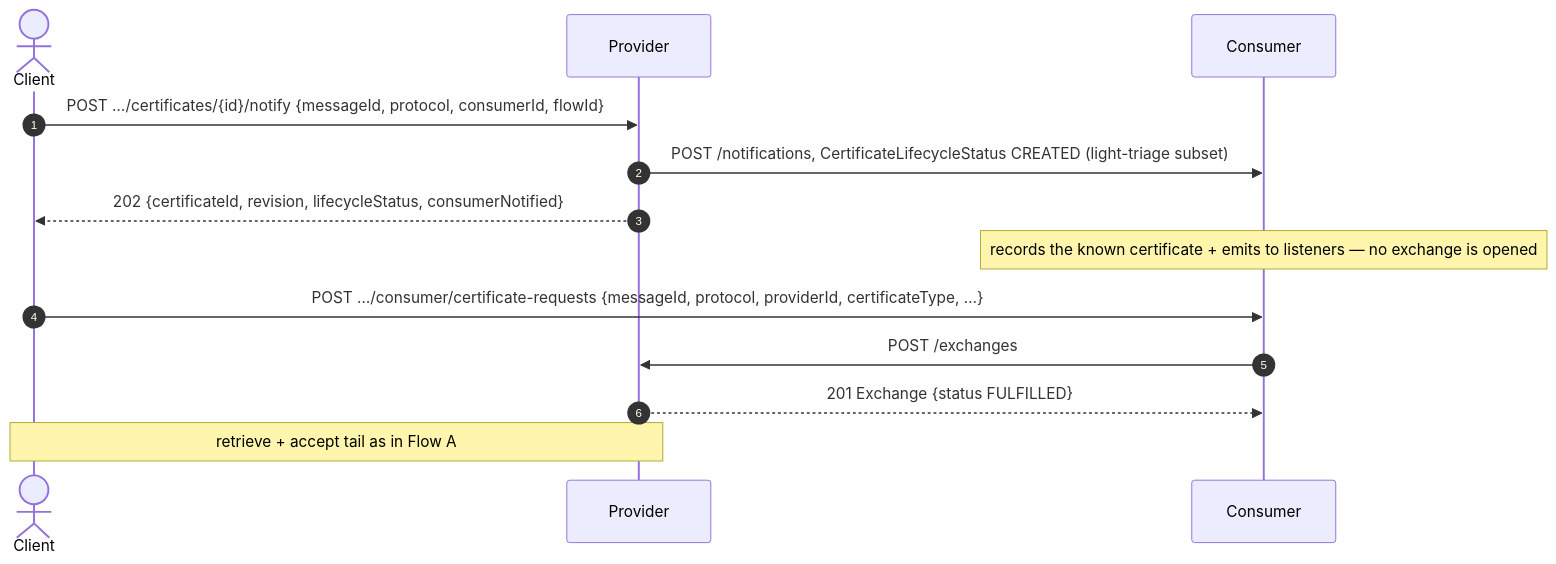
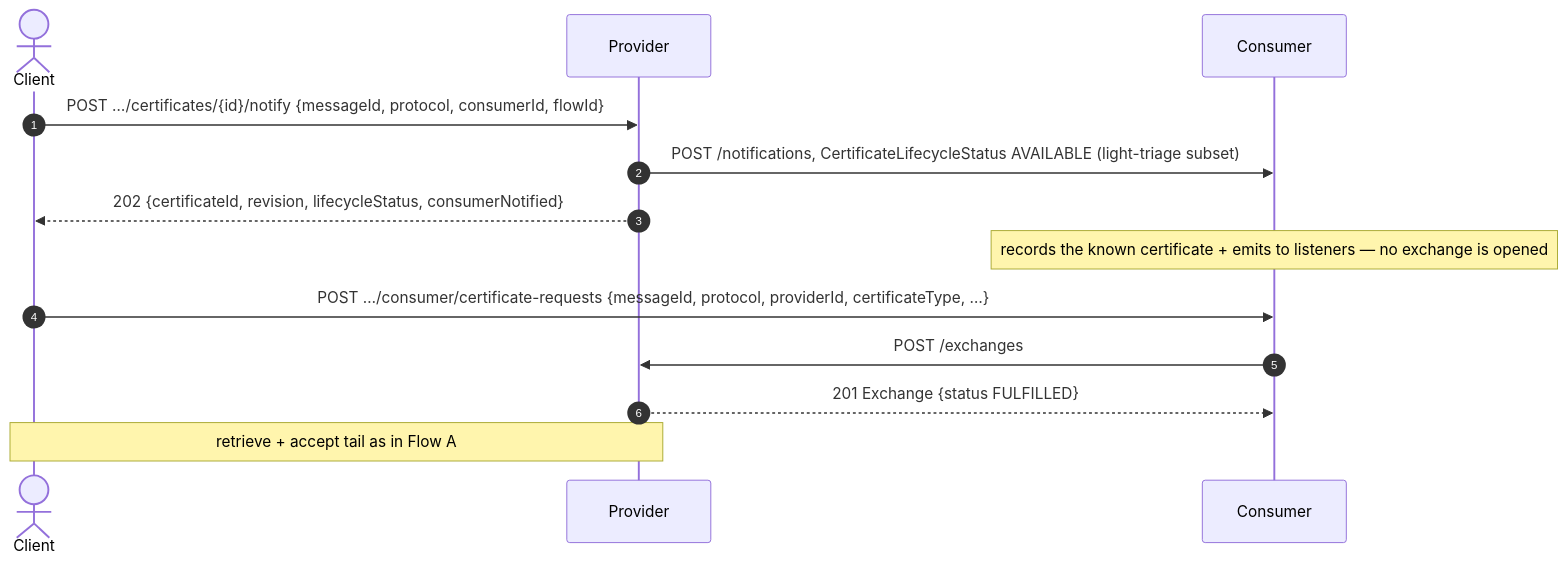
The third of 5 diagrams in docs/FLOWS.md (Metaform/certo), drawn with Mermaid before and after one commit. The commit also changed other lines of this file and 30 other files, not shown here.

Commit message:
feat: simplify certificate lifecycle by combining created and modified

````diff
--- a/docs/FLOWS.md
+++ b/docs/FLOWS.md
@@ -146,15 +147,15 @@
 ```mermaid
 sequenceDiagram
     autonumber
     actor T as Client
     participant P as Provider
     participant C as Consumer
     T->>P: POST …/certificates/{id}/notify {messageId, protocol, consumerId, flowId}
-    P->>C: POST /notifications, CertificateLifecycleStatus CREATED (light-triage subset)
+    P->>C: POST /notifications, CertificateLifecycleStatus AVAILABLE (light-triage subset)
     P-->>T: 202 {certificateId, revision, lifecycleStatus, consumerNotified}
     Note over C: records the known certificate + emits to listeners — no exchange is opened
     T->>C: POST …/consumer/certificate-requests {messageId, protocol, providerId, certificateType, …}
     C->>P: POST /exchanges
     P-->>C: 201 Exchange {status FULFILLED}
     Note over T,P: retrieve + accept tail as in Flow A
 ```
````
